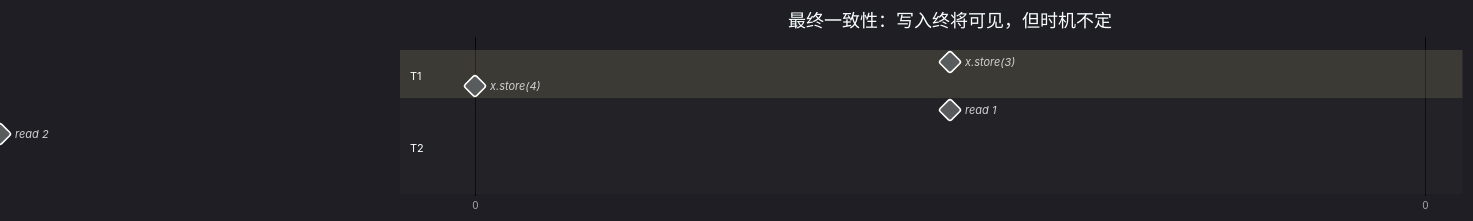
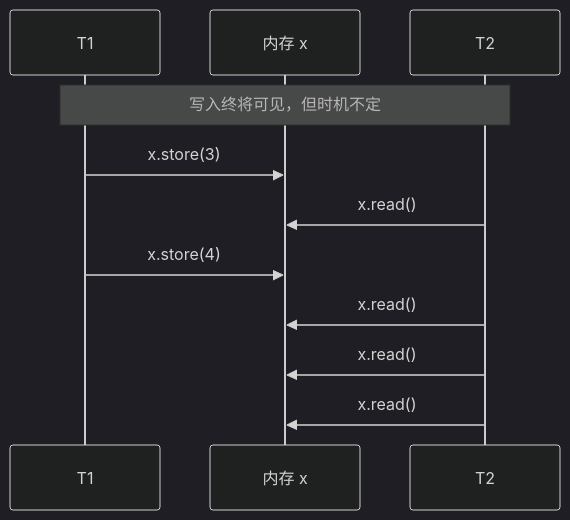
The eighth of 11 diagrams in book/zh-cn/part1basic/ch05sync/mem.md (golang-design/under-the-hood), drawn with Mermaid (dark theme) before and after one commit. The commit also changed other lines of this file and 1 other file, not shown here.

First line of the commit message:
book: replace gantt timing diagrams with sequence diagrams

````diff
--- a/book/zh-cn/part1basic/ch05sync/mem.md
+++ b/book/zh-cn/part1basic/ch05sync/mem.md
@@ -204,14 +198,13 @@
 ```mermaid
-gantt
-    title 最终一致性：写入终将可见，但时机不定
-    dateFormat X
-    axisFormat %s
-    section T1
-    x.store(3) :milestone, 1, 0
-    x.store(4) :milestone, 2, 0
-    section T2
-    read 1 :milestone, 1, 0
-    read 2 :milestone, 3, 0
-    read 3 :milestone, 5, 0
-    read 4 :milestone, 6, 0
+sequenceDiagram
+    participant T1
+    participant X as 内存 x
+    participant T2
+    Note over T1,T2: 写入终将可见，但时机不定
+    T1->>X: x.store(3)
+    T2->>X: x.read()
+    T1->>X: x.store(4)
+    T2->>X: x.read()
+    T2->>X: x.read()
+    T2->>X: x.read()
 ```
````
